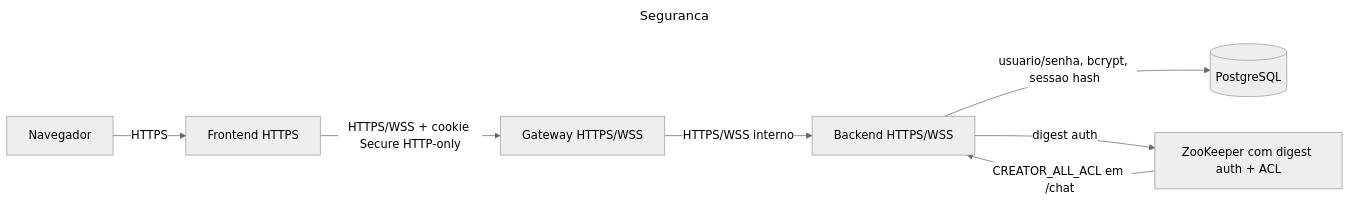
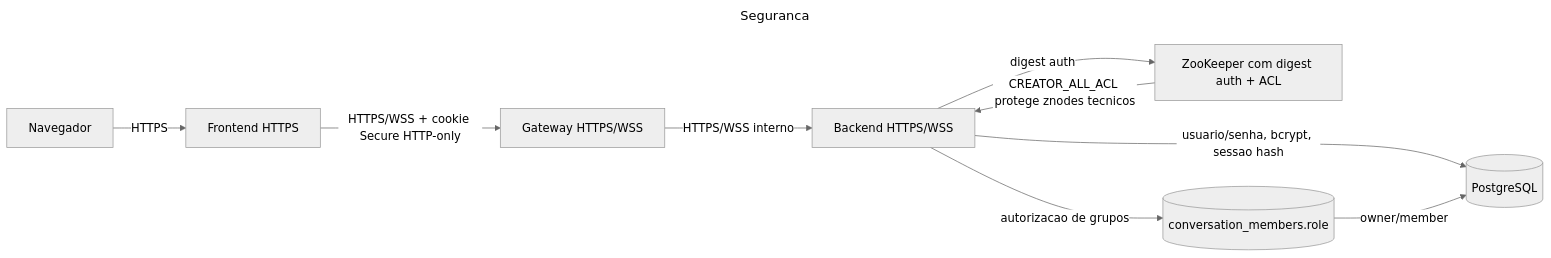
One commit to jvmr1/chat-distribuido changed diagram 12 of 12 in docs/diagrams.md. Above: the diagram before and after it, drawn with Mermaid (neutral theme). The commit also changed other lines of this file and 2 other files, not shown here.

Commit message:
correcoes na logica de diagramas

````diff
--- a/docs/diagrams.md
+++ b/docs/diagrams.md
@@ -258,19 +321,22 @@
 ```mermaid
 ---
 title: Seguranca
 ---
 flowchart LR
   Browser[Navegador]
   FE[Frontend HTTPS]
   GW[Gateway HTTPS/WSS]
   BE[Backend HTTPS/WSS]
   ZK[ZooKeeper com digest auth + ACL]
   DB[(PostgreSQL)]
+  Roles[(conversation_members.role)]
 
   Browser -->|HTTPS| FE
   FE -->|HTTPS/WSS + cookie Secure HTTP-only| GW
   GW -->|HTTPS/WSS interno| BE
   BE -->|usuario/senha, bcrypt, sessao hash| DB
+  BE -->|autorizacao de grupos| Roles
+  Roles -->|owner/member| DB
   BE -->|digest auth| ZK
-  ZK -->|CREATOR_ALL_ACL em /chat| BE
+  ZK -->|CREATOR_ALL_ACL protege znodes tecnicos| BE
 ```
````
